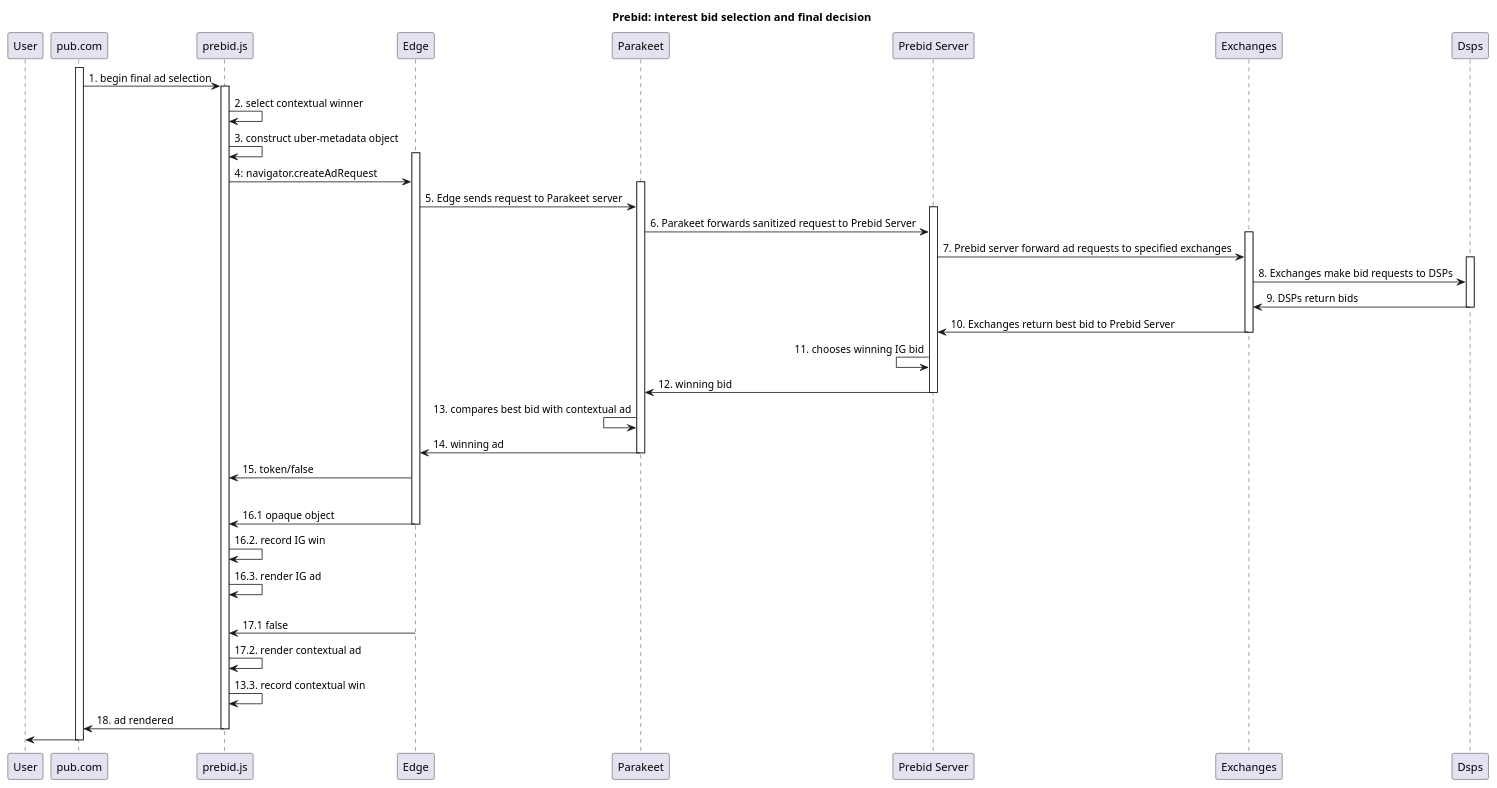
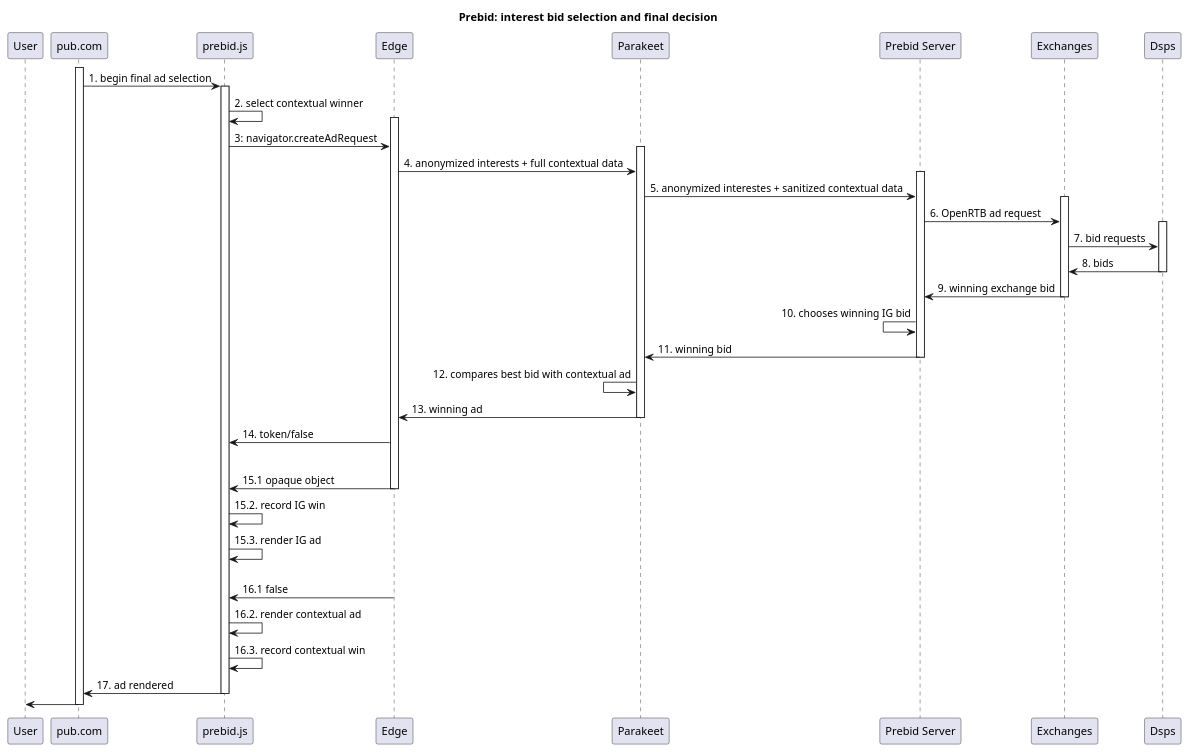
The diagram in prebid_pk_interest.plantuml (JoelPM/prebid-td), drawn with PlantUML before and after one commit. The commit also changed 2 other files, not shown here.

Commit message:
fix: cleaning up flow diagram

```diff
--- a/prebid_pk_interest.plantuml
+++ b/prebid_pk_interest.plantuml
@@ -1,59 +1,58 @@
 @startuml prebid_pk_interest
 
 title Prebid: interest bid selection and final decision
 
 participant User
 participant "pub.com" as Pub
 participant "prebid.js" as Pbjs
 participant "Edge" as Edge
 participant "Parakeet" as Pk
 participant "Prebid Server" as Pbs
 participant "Exchanges" as Ex
 participant "Dsps" as Dsp
 
 activate Pub
 Pub -> Pbjs: 1. begin final ad selection
 
 activate Pbjs
 Pbjs -> Pbjs: 2. select contextual winner
-Pbjs -> Pbjs: 3. construct uber-metadata object
 activate Edge
-Pbjs -> Edge: 4: navigator.createAdRequest
+Pbjs -> Edge: 3: navigator.createAdRequest
 
 activate Pk
-Edge -> Pk: 5. Edge sends request to Parakeet server
+Edge -> Pk: 4. anonymized interests + full contextual data
 activate Pbs
-Pk -> Pbs: 6. Parakeet forwards sanitized request to Prebid Server
+Pk -> Pbs: 5. anonymized interestes + sanitized contextual data
 activate Ex
-Pbs -> Ex: 7. Prebid server forward ad requests to specified exchanges
+Pbs -> Ex: 6. OpenRTB ad request
 activate Dsp
-Ex -> Dsp: 8. Exchanges make bid requests to DSPs
-Ex <- Dsp: 9. DSPs return bids
+Ex -> Dsp: 7. bid requests
+Ex <- Dsp: 8. bids
 deactivate Dsp
-Pbs <- Ex: 10. Exchanges return best bid to Prebid Server
+Pbs <- Ex: 9. winning exchange bid
 deactivate Ex
-Pbs <- Pbs: 11. chooses winning IG bid
-Pk <- Pbs: 12. winning bid
+Pbs <- Pbs: 10. chooses winning IG bid
+Pk <- Pbs: 11. winning bid
 deactivate Pbs
-Pk <- Pk: 13. compares best bid with contextual ad
-Edge <- Pk: 14. winning ad
+Pk <- Pk: 12. compares best bid with contextual ad
+Edge <- Pk: 13. winning ad
 deactivate Pk
-Pbjs <- Edge: 15. token/false
+Pbjs <- Edge: 14. token/false
 
 alt IG bid winner
-    Edge -> Pbjs: 16.1 opaque object
+    Edge -> Pbjs: 15.1 opaque object
     deactivate Edge
-    Pbjs -> Pbjs: 16.2. record IG win
-    Pbjs -> Pbjs: 16.3. render IG ad
+    Pbjs -> Pbjs: 15.2. record IG win
+    Pbjs -> Pbjs: 15.3. render IG ad
 else contextual ad winner
-    Edge -> Pbjs: 17.1 false
+    Edge -> Pbjs: 16.1 false
     deactivate Edge
-    Pbjs -> Pbjs: 17.2. render contextual ad
-    Pbjs -> Pbjs: 13.3. record contextual win
-Pub <- Pbjs: 18. ad rendered
+    Pbjs -> Pbjs: 16.2. render contextual ad
+    Pbjs -> Pbjs: 16.3. record contextual win
+Pub <- Pbjs: 17. ad rendered
 deactivate Pbjs
 
 User <- Pub
 
 deactivate Pub
 @enduml
```
